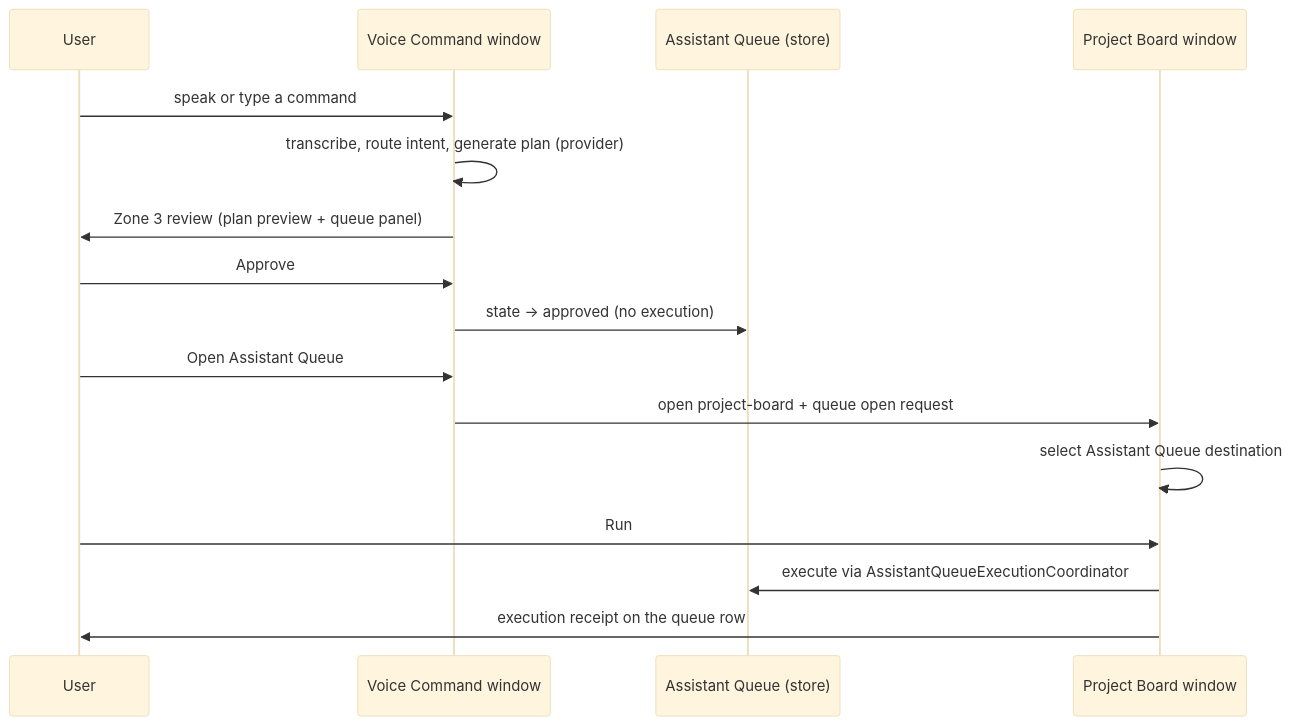
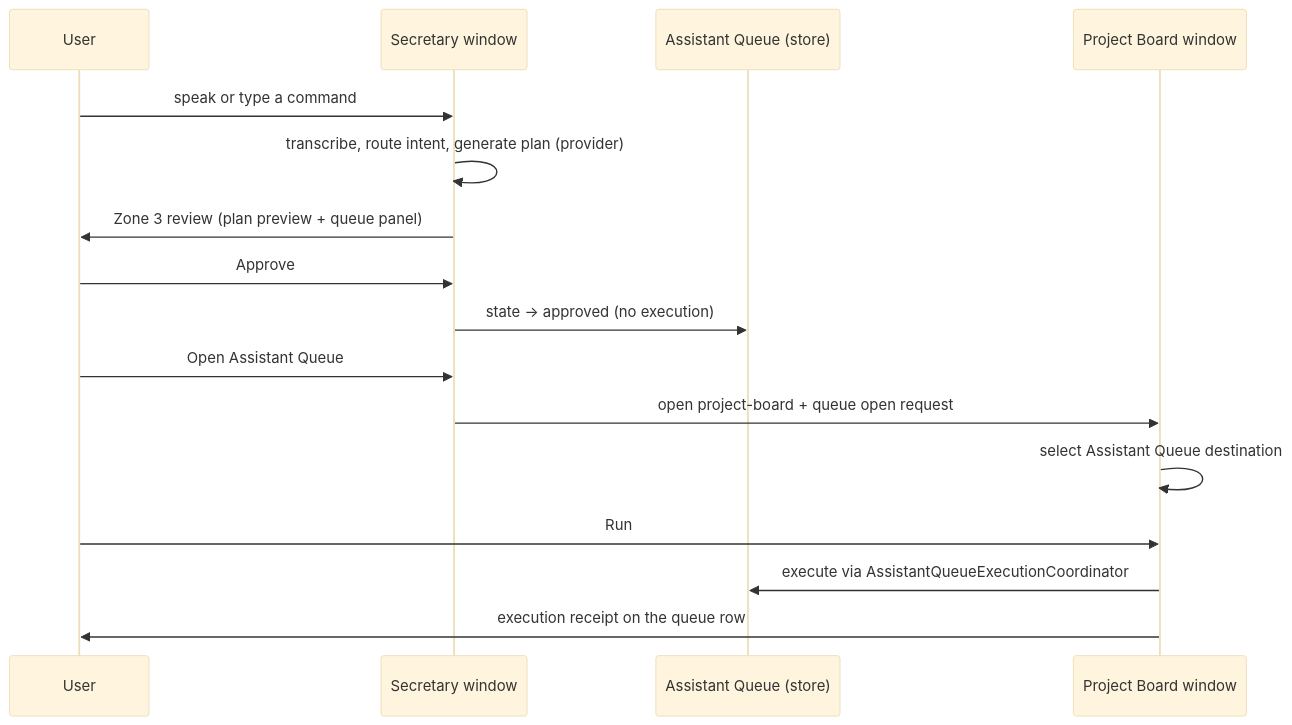
The first of 4 diagrams in docs/ux/information-architecture.md (albert-einshutoin/Suisui), drawn with Mermaid (base theme) before and after one commit. The commit also changed other lines of this file and 43 other files, not shown here.

````diff
--- a/docs/ux/information-architecture.md
+++ b/docs/ux/information-architecture.md
@@ -151,18 +154,18 @@
 ```mermaid
 sequenceDiagram
     participant U as User
-    participant V as Voice Command window
+    participant V as Secretary window
     participant Q as Assistant Queue (store)
     participant B as Project Board window
     U->>V: speak or type a command
     V->>V: transcribe, route intent, generate plan (provider)
     V->>U: Zone 3 review (plan preview + queue panel)
     U->>V: Approve
     V->>Q: state -> approved (no execution)
     U->>V: Open Assistant Queue
     V->>B: open project-board + queue open request
     B->>B: select Assistant Queue destination
     U->>B: Run
     B->>Q: execute via AssistantQueueExecutionCoordinator
     B->>U: execution receipt on the queue row
 ```
````
